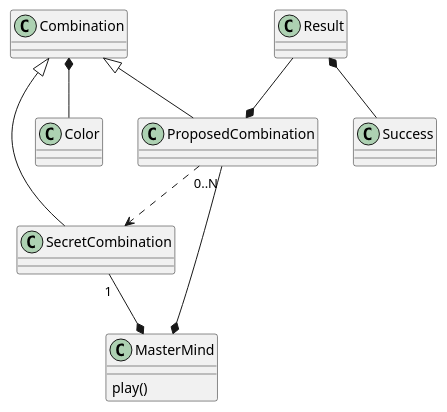
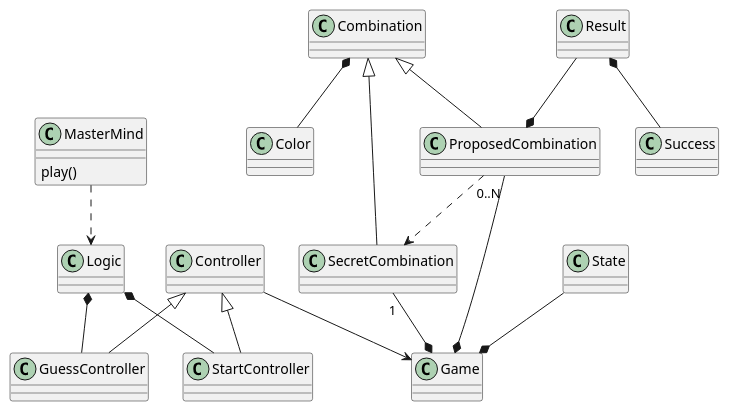
One commit to hombrenieve/brainlord changed the diagram in brainlord/analysis/MasterMind.puml. Above: the diagram before and after it, drawn with PlantUML. The commit also changed 24 other files, not shown here.

```diff
--- a/brainlord/analysis/MasterMind.puml
+++ b/brainlord/analysis/MasterMind.puml
@@ -1,16 +1,25 @@
 @startuml
 
 class MasterMind {
 	play()
 }
 
-SecretCombination "1" --* MasterMind
-ProposedCombination "0..N" --* MasterMind
+SecretCombination "1" --* Game
+ProposedCombination "0..N" --* Game
+State --* Game
 ProposedCombination ..> SecretCombination
 Combination <|-- SecretCombination
 Combination <|-- ProposedCombination
 Combination *-- Color
 Result --* ProposedCombination
 Result *-- Success
 
+Controller <|-- StartController
+Controller <|-- GuessController
+Controller --> Game
+Logic *-- StartController
+Logic *-- GuessController
+
+MasterMind ..> Logic
+
 @enduml
```
